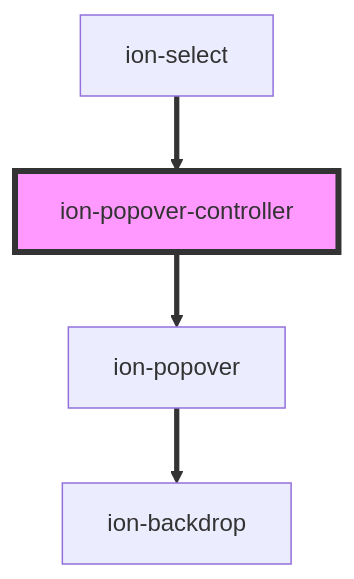
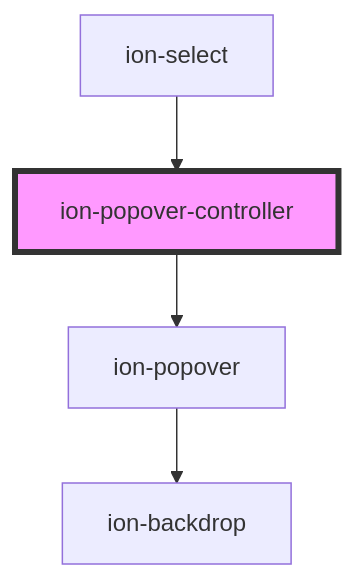
One commit to ionic-team/ionic-framework changed the diagram in core/src/components/popover-controller/readme.md. Above: the diagram before and after it, drawn with Mermaid. The commit also changed other lines of this file and 39 other files, not shown here.

````diff
--- a/core/src/components/popover-controller/readme.md
+++ b/core/src/components/popover-controller/readme.md
@@ -65,7 +65,7 @@
 ```mermaid
 graph TD;
-  ion-popover-controller ==> ion-popover
-  ion-popover ==> ion-backdrop
-  ion-select ==> ion-popover-controller
+  ion-popover-controller --> ion-popover
+  ion-popover --> ion-backdrop
+  ion-select --> ion-popover-controller
   style ion-popover-controller fill:#f9f,stroke:#333,stroke-width:4px
 ```
````
